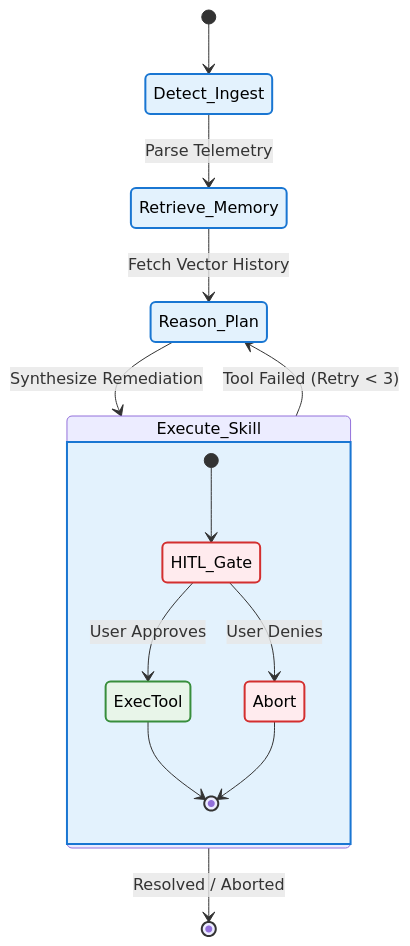
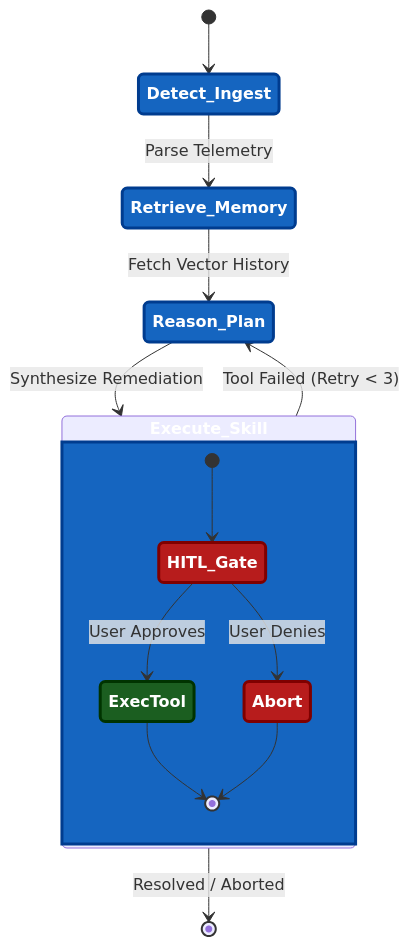
The second of 2 diagrams in README.md (shawnsony07/Autonomous-SRE), drawn with Mermaid before and after one commit. The commit also changed other lines of this file, not shown here.

Commit message:
docs: replace pastel colors with bold vibrant colors in flowcharts

````diff
--- a/README.md
+++ b/README.md
@@ -62,27 +62,27 @@
 ```mermaid
 stateDiagram-v2
-    classDef process fill:#e3f2fd,stroke:#1976d2,stroke-width:2px,color:#000
-    classDef danger fill:#ffebee,stroke:#d32f2f,stroke-width:2px,color:#000
-    classDef success fill:#e8f5e9,stroke:#388e3c,stroke-width:2px,color:#000
+    classDef process fill:#1565c0,stroke:#003c8f,stroke-width:3px,color:#fff,font-weight:bold
+    classDef danger fill:#b71c1c,stroke:#7f0000,stroke-width:3px,color:#fff,font-weight:bold
+    classDef success fill:#1b5e20,stroke:#003300,stroke-width:3px,color:#fff,font-weight:bold
 
     [*] --> Detect_Ingest
     Detect_Ingest --> Retrieve_Memory: Parse Telemetry
     Retrieve_Memory --> Reason_Plan: Fetch Vector History
     Reason_Plan --> Execute_Skill: Synthesize Remediation
     
     state Execute_Skill {
         [*] --> HITL_Gate
         HITL_Gate --> ExecTool : User Approves
         HITL_Gate --> Abort : User Denies
         ExecTool --> [*]
         Abort --> [*]
     }
     
     Execute_Skill --> Reason_Plan: Tool Failed (Retry < 3)
     Execute_Skill --> [*]: Resolved / Aborted
 
     class Detect_Ingest, Retrieve_Memory, Reason_Plan process
     class Execute_Skill process
     class HITL_Gate, Abort danger
     class ExecTool success
 ```
````
